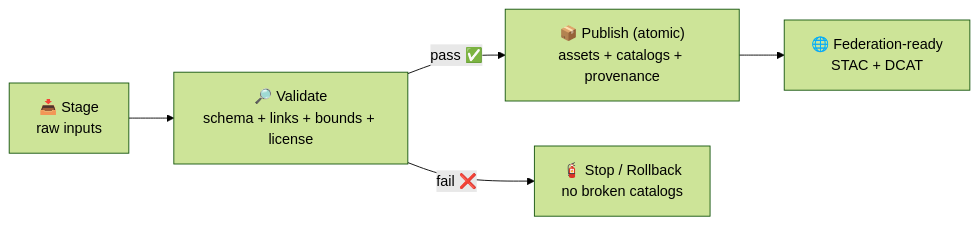
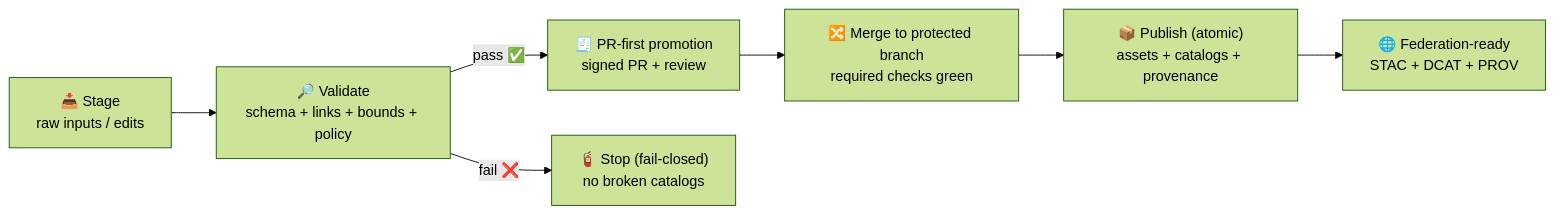
Before and after one commit to bartytime4life/Kansas-Frontier-Matrix: the second of 2 diagrams in .github/workflows/README.md, drawn with Mermaid (forest theme). The commit also changed other lines of this file, not shown here.

````diff
--- a/.github/workflows/README.md
+++ b/.github/workflows/README.md
@@ -210,7 +328,9 @@
 ```mermaid
 flowchart LR
-  RAW["📥 Stage<br/>raw inputs"] --> VAL["🔎 Validate<br/>schema + links + bounds + license"]
-  VAL -->|pass ✅| PUB["📦 Publish (atomic)<br/>assets + catalogs + provenance"]
-  VAL -->|fail ❌| STOP["🧯 Stop / Rollback<br/>no broken catalogs"]
-  PUB --> FED["🌐 Federation-ready<br/>STAC + DCAT"]
+  RAW["📥 Stage<br/>raw inputs / edits"] --> VAL["🔎 Validate<br/>schema + links + bounds + policy"]
+  VAL -->|pass ✅| PR["🧾 PR-first promotion<br/>signed PR + review"]
+  VAL -->|fail ❌| STOP["🧯 Stop (fail-closed)<br/>no broken catalogs"]
+  PR --> MERGE["🔀 Merge to protected branch<br/>required checks green"]
+  MERGE --> PUB["📦 Publish (atomic)<br/>assets + catalogs + provenance"]
+  PUB --> FED["🌐 Federation-ready<br/>STAC + DCAT + PROV"]
 ```
````
